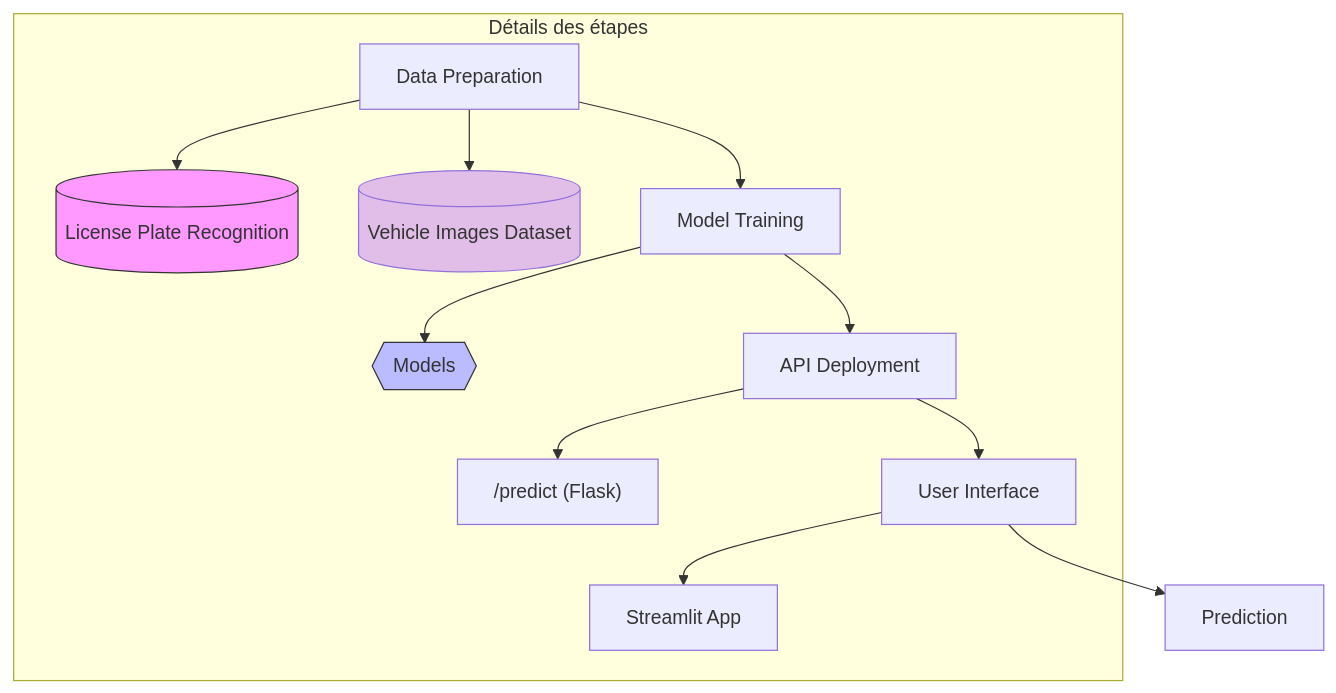
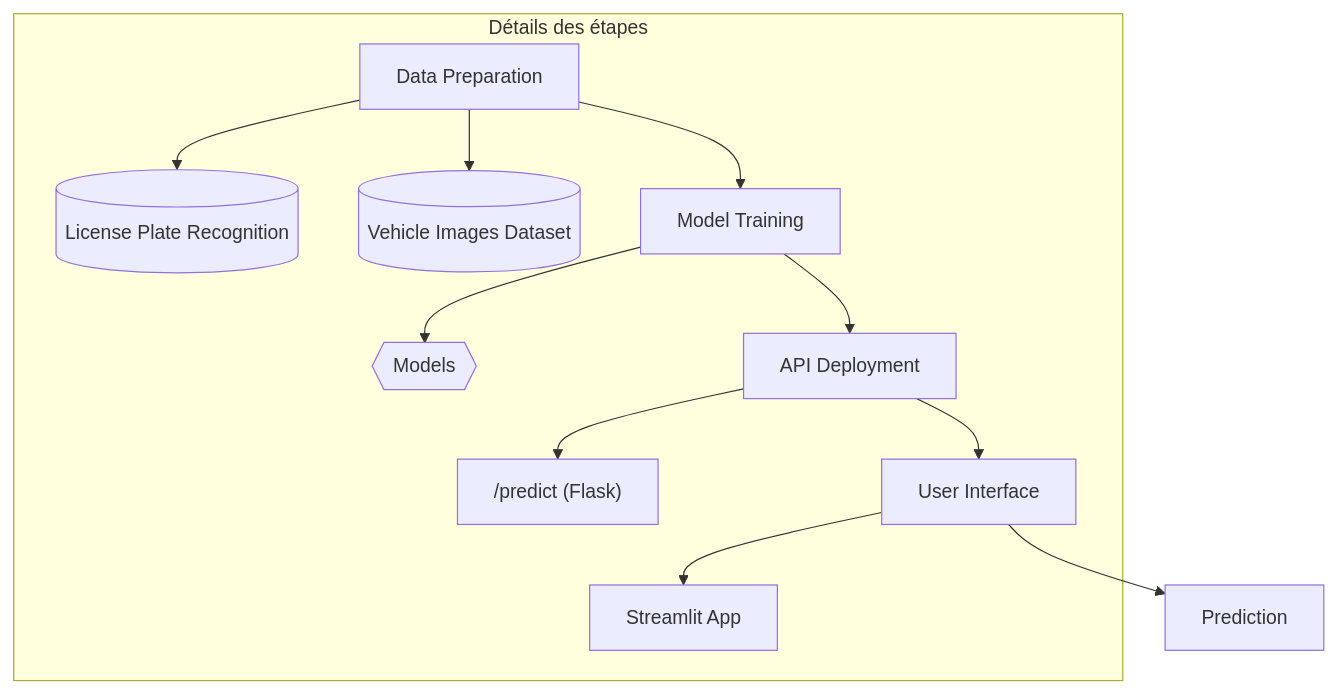
The second of 3 diagrams in readme.md (TBG101/ML-Based-Vehicle-and-License-Plate-Recognition-System), drawn with Mermaid before and after one commit.

Commit message:
Remove unused styles from the flowchart in README.md

````diff
--- a/readme.md
+++ b/readme.md
@@ -90,23 +90,20 @@
 ```mermaid
 flowchart TD
  subgraph subGraph0["Détails des étapes"]
         A1[("License Plate Recognition")]
         n1@{ label: "<span style=\"padding-left:\">Vehicle Images Dataset</span>" }
         A["Data Preparation"]
         B1{{"Models"}}
         B["Model Training"]
         C1["/predict (Flask)"]
         C["API Deployment"]
         D1["Streamlit App"]
         D["User Interface"]
   end
     A --> B & A1 & n1
     B --> C & B1
     C --> D & C1
     D --> E["Prediction"] & D1
 
     n1@{ shape: cylinder}
-    style A1 fill:#f9f,stroke:#333
-    style n1 fill:#E1BEE7
-    style B1 fill:#bbf,stroke:#333
 ```
````
